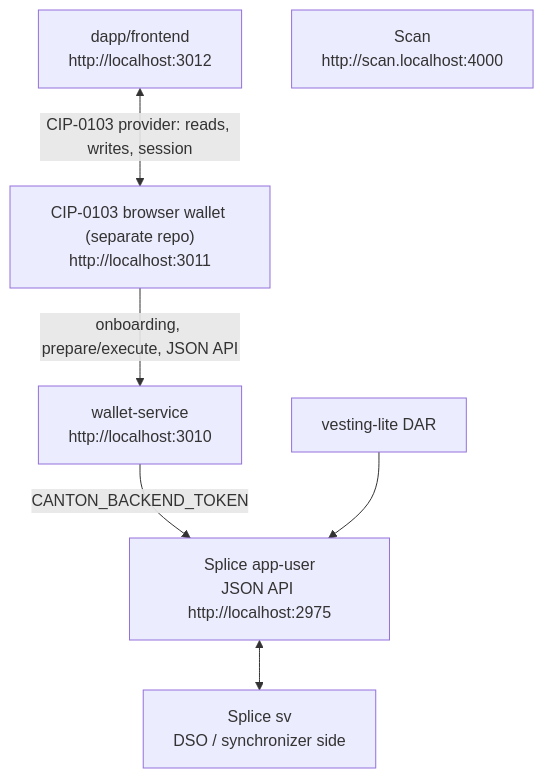
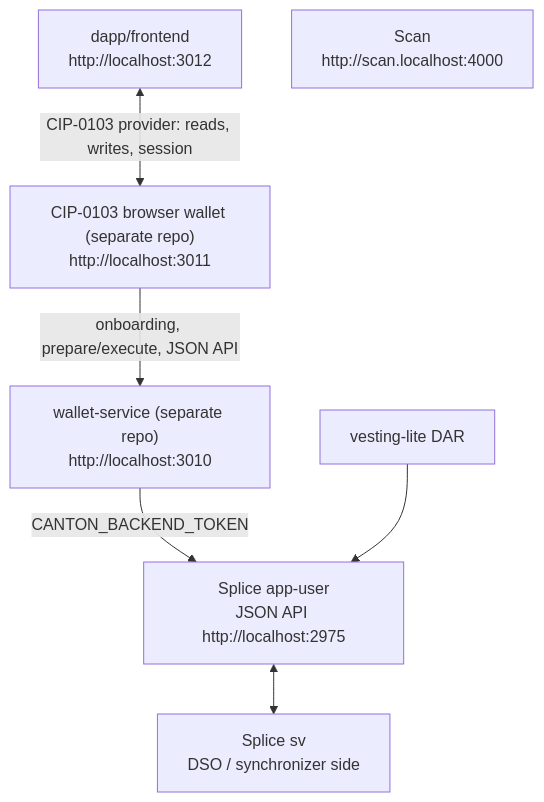
Before and after one commit to BootNodeDev/canton-dappbooster: the diagram in architecture.md, drawn with Mermaid. The commit also changed other lines of this file and 7 other files, not shown here.

````diff
--- a/architecture.md
+++ b/architecture.md
@@ -17,16 +18,16 @@
 ```mermaid
 flowchart TD
   fe["dapp/frontend<br/>http://localhost:3012"]
   wallet["CIP-0103 browser wallet (separate repo)<br/>http://localhost:3011"]
-  ws["wallet-service<br/>http://localhost:3010"]
+  ws["wallet-service (separate repo)<br/>http://localhost:3010"]
   au["Splice app-user<br/>JSON API http://localhost:2975"]
   sv["Splice sv<br/>DSO / synchronizer side"]
   scan["Scan<br/>http://scan.localhost:4000"]
   dar["vesting-lite DAR"]
 
   fe <-->|"CIP-0103 provider: reads, writes, session"| wallet
   wallet -->|"onboarding, prepare/execute, JSON API"| ws
   ws -->|"CANTON_BACKEND_TOKEN"| au
   au <--> sv
   dar --> au
 ```
````
